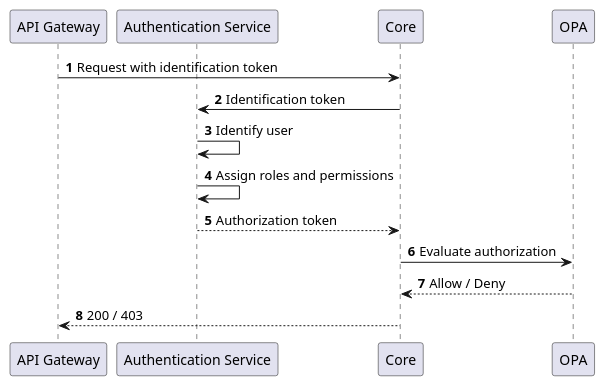
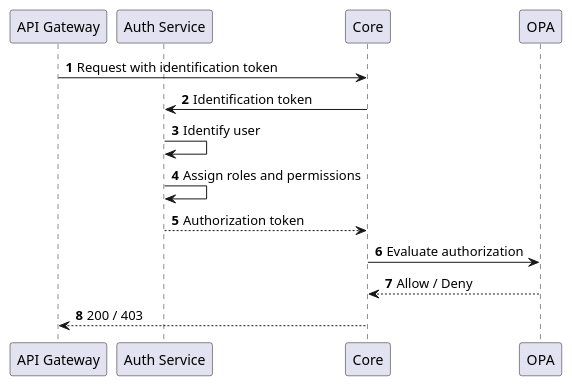
One commit to CZERTAINLY/CZERTAINLY-Documentation changed the diagram in docs/02-concept-design/02-architecture/05-access-control/07-authorization.md. Above: the diagram before and after it, drawn with PlantUML. The commit also changed other lines of this file and 2 other files, not shown here.

Commit message:
Update to auth service

````diff
--- a/docs/02-concept-design/02-architecture/05-access-control/07-authorization.md
+++ b/docs/02-concept-design/02-architecture/05-access-control/07-authorization.md
@@ -10,17 +10,17 @@
 ```plantuml
 @startuml
 autonumber
 participant "API Gateway" as API
-participant "Authentication Service" as Auth
+participant "Auth Service" as Auth
 
 API -> Core: Request with identification token
 Core -> Auth: Identification token
 Auth -> Auth: Identify user
 Auth -> Auth: Assign roles and permissions
 Auth --> Core: Authorization token
 Core -> OPA: Evaluate authorization
 OPA --> Core: Allow / Deny
 Core --> API: 200 / 403
 
 @enduml
 ```
````
